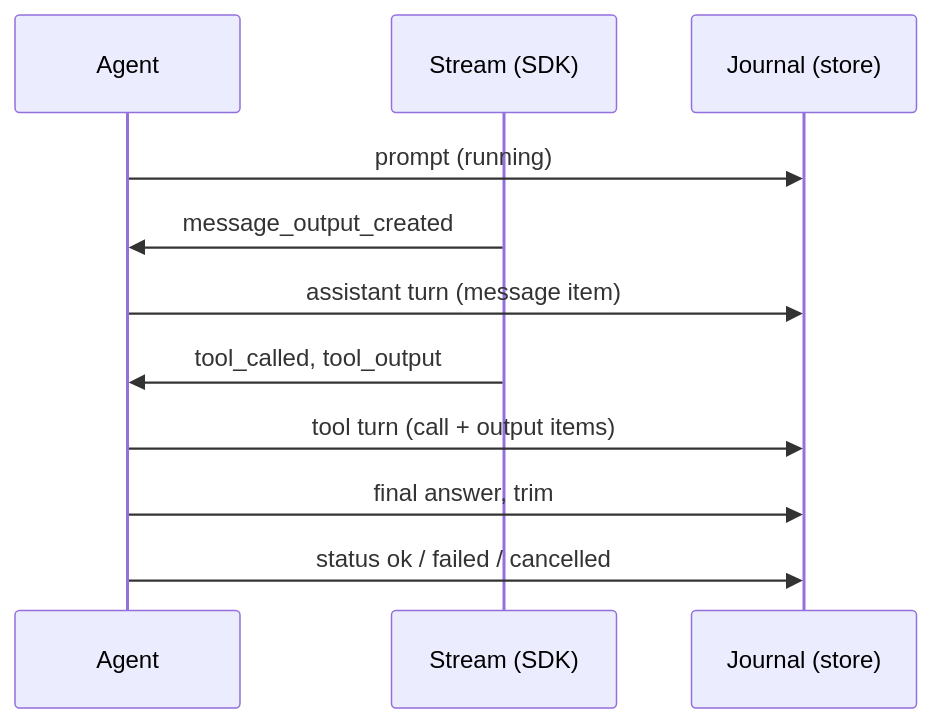
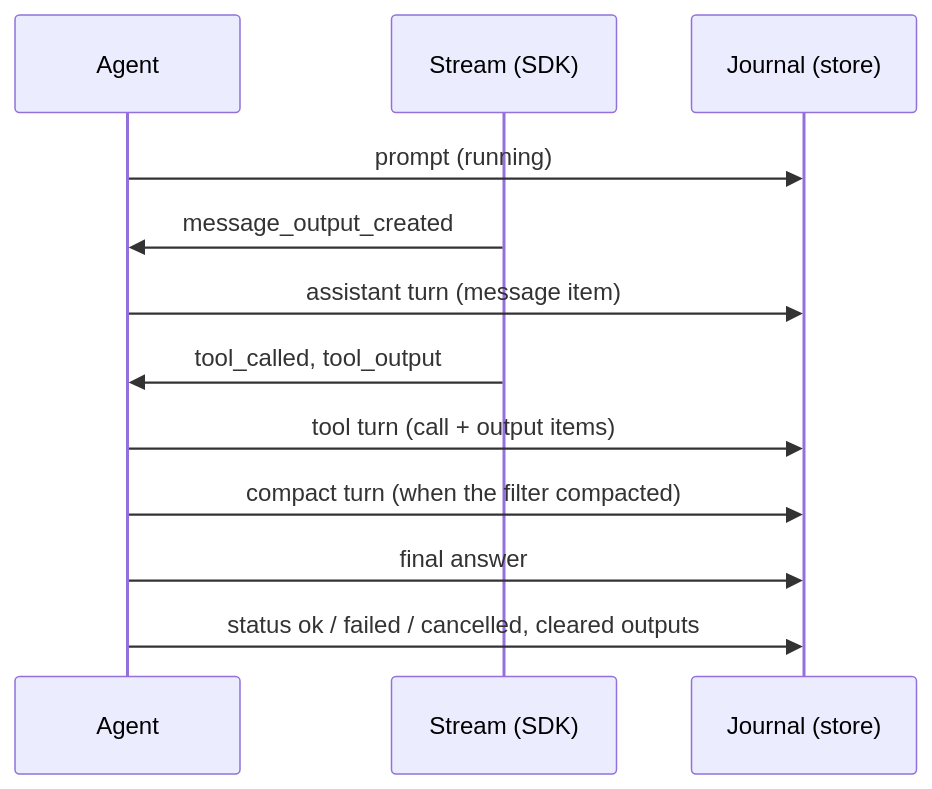
Before and after one commit to iamhaymc/agentic: the third of 4 diagrams in DESIGN.md, drawn with Mermaid. The commit also changed other lines of this file and 12 other files, not shown here.

````diff
--- a/DESIGN.md
+++ b/DESIGN.md
@@ -392,13 +461,14 @@
 ```mermaid
 sequenceDiagram
   participant A as Agent
   participant S as Stream (SDK)
   participant J as Journal (store)
   A->>J: prompt (running)
   S->>A: message_output_created
   A->>J: assistant turn (message item)
   S->>A: tool_called, tool_output
   A->>J: tool turn (call + output items)
-  A->>J: final answer, trim
-  A->>J: status ok / failed / cancelled
+  A->>J: compact turn (when the filter compacted)
+  A->>J: final answer
+  A->>J: status ok / failed / cancelled, cleared outputs
 ```
````
